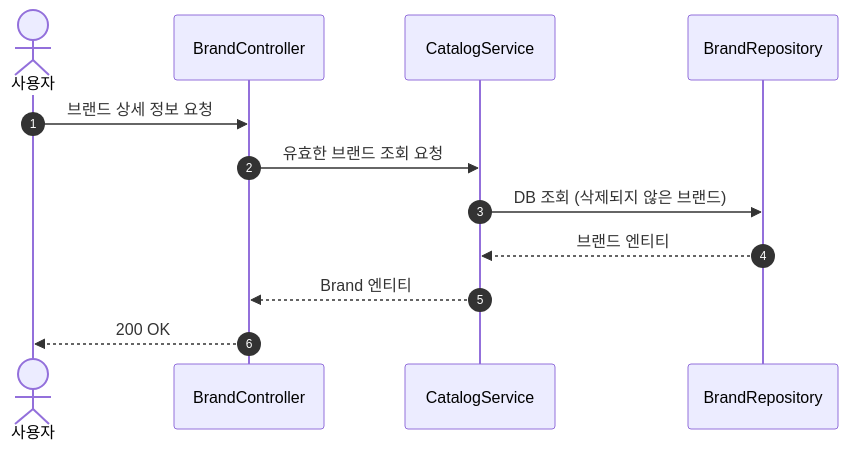
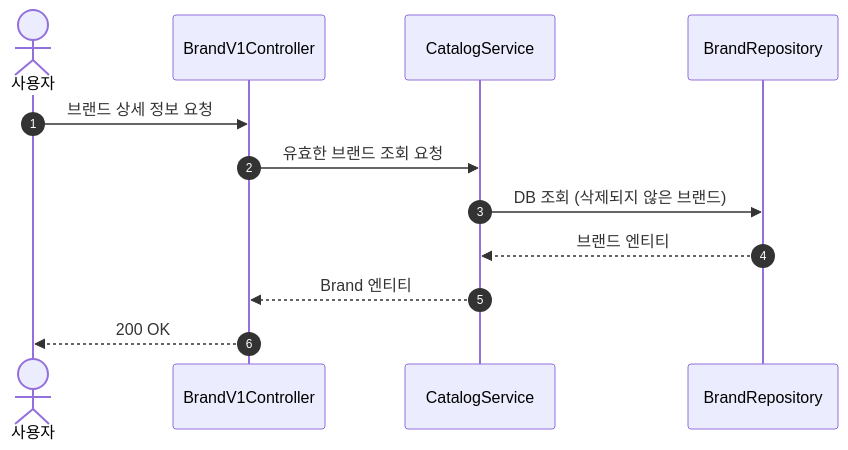
The first of 26 diagrams in docs/design/02-sequence-diagrams.md (Loopers-dev-lab/loop-pack-be-l2-vol3-kotlin), drawn with Mermaid before and after one commit. The commit also changed other lines of this file and 7 other files, not shown here.

````diff
--- a/docs/design/02-sequence-diagrams.md
+++ b/docs/design/02-sequence-diagrams.md
@@ -29,14 +29,14 @@
 ```mermaid
 sequenceDiagram
     autonumber
     actor User as 사용자
-    participant C as BrandController
+    participant C as BrandV1Controller
     participant S as CatalogService
     participant R as BrandRepository
     User ->> C: 브랜드 상세 정보 요청
     C ->> S: 유효한 브랜드 조회 요청
     S ->> R: DB 조회 (삭제되지 않은 브랜드)
     R -->> S: 브랜드 엔티티
     S -->> C: Brand 엔티티
     C -->> User: 200 OK
 ```
````
